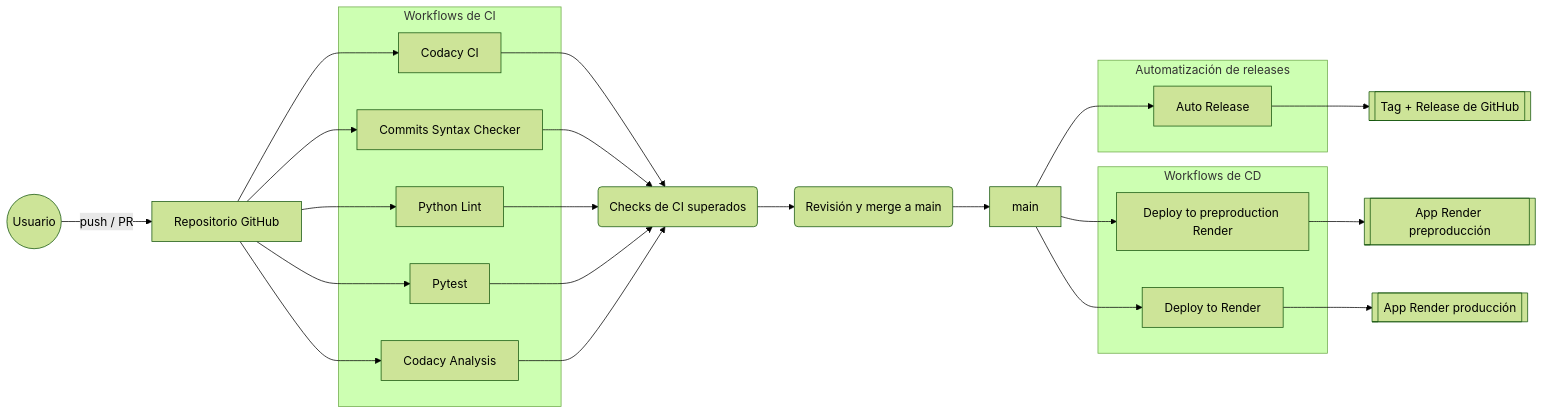
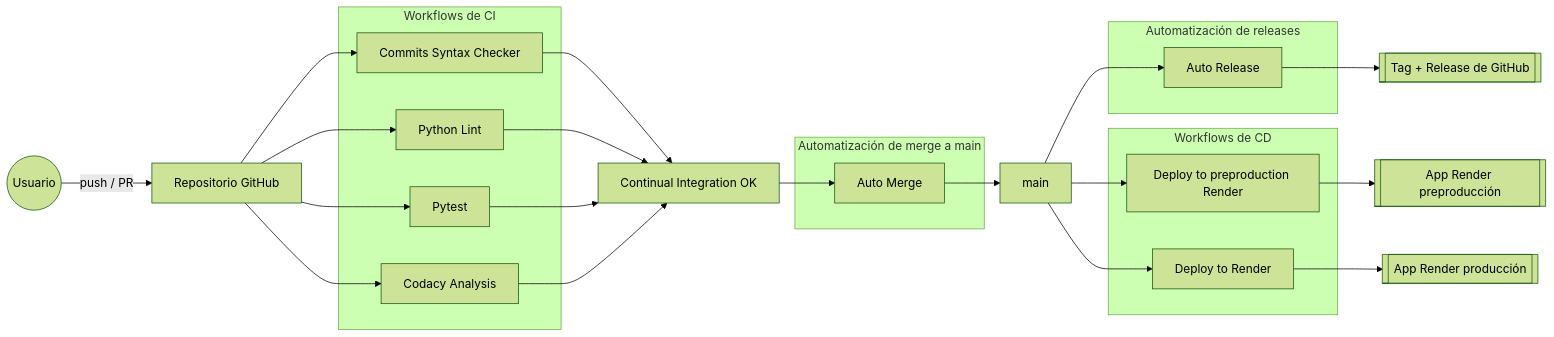
The diagram in Doc/steamgames-hub-2/Workflows_CI_CD.md (steamgames-hub/steamgames-hub-2), drawn with Mermaid (forest theme) before and after one commit. The commit also changed other lines of this file and 8 other files, not shown here.

````diff
--- a/Doc/steamgames-hub-2/Workflows_CI_CD.md
+++ b/Doc/steamgames-hub-2/Workflows_CI_CD.md
@@ -34,45 +33,46 @@
 ```mermaid
 graph LR
     user((Usuario)) -->|push / PR| repo[Repositorio GitHub]
 
     subgraph CI[Workflows de CI]
-        codacyci[Codacy CI]
         commits[Commits Syntax Checker]
         lint[Python Lint]
         pytest[Pytest]
         codacyanal[Codacy Analysis]
     end
 
-    repo --> codacyci
     repo --> commits
     repo --> lint
     repo --> pytest
     repo --> codacyanal
 
-    codacyci --> ciok(Checks de CI superados)
-    commits --> ciok
-    lint --> ciok
-    pytest --> ciok
-    codacyanal --> ciok
+    commits --> ci_ok
+    lint --> ci_ok
+    pytest --> ci_ok
+    codacyanal --> ci_ok
 
-    ciok --> review(Revisión y merge a main)
+    ci_ok[Continual Integration OK] --> automerge
 
-    review --> main[main]
+    subgraph Merge[Automatización de merge a main]
+        automerge[Auto Merge]
+    end
+
+    automerge --> main[main]
 
     subgraph Release[Automatización de releases]
-        autorelease[Auto Release]
+        autorelease[Auto Release] 
     end
 
     main --> autorelease
     autorelease --> tag[[Tag + Release de GitHub]]
     subgraph CD[Workflows de CD]
         preprod[Deploy to preproduction Render]
         prod[Deploy to Render]
     end
 
     main --> preprod
     main --> prod
 
     preprod --> preprod_env[[App Render preproducción]]
     prod --> prod_env[[App Render producción]]
 ```
````
